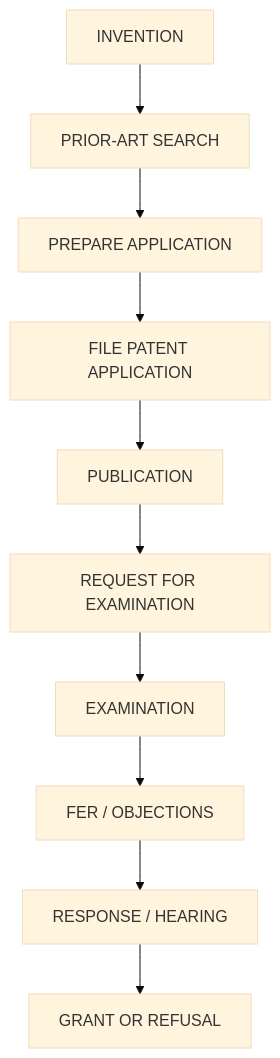
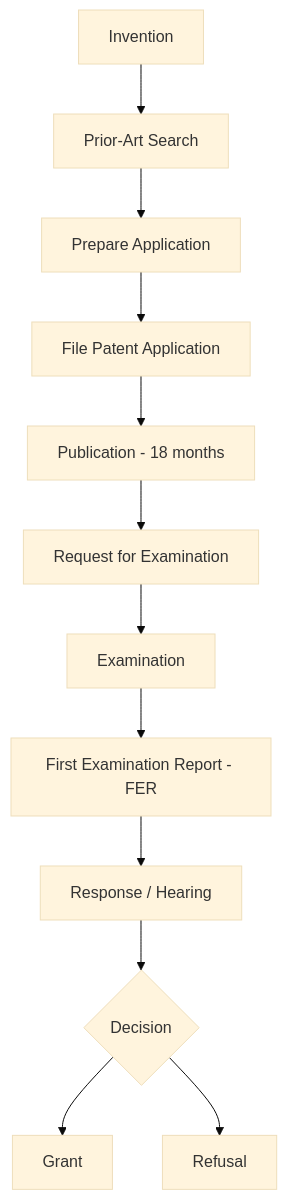
Before and after one commit to Aryns293/IPR: the first of 2 diagrams in 07_Patent_Procedure_and_Rights.md, drawn with Mermaid (base theme). The commit also changed other lines of this file and 8 other files, not shown here.

````diff
--- a/07_Patent_Procedure_and_Rights.md
+++ b/07_Patent_Procedure_and_Rights.md
@@ -136,13 +7,14 @@
 ```mermaid
 flowchart TD
-    A[INVENTION]
-    A --> B[PRIOR-ART SEARCH]
-    B --> C[PREPARE APPLICATION]
-    C --> D[FILE PATENT APPLICATION]
-    D --> E[PUBLICATION]
-    E --> F[REQUEST FOR EXAMINATION]
-    F --> G[EXAMINATION]
-    G --> H["FER / OBJECTIONS"]
-    H --> I["RESPONSE / HEARING"]
-    I --> J[GRANT OR REFUSAL]
+    A[Invention] --> B[Prior-Art Search]
+    B --> C[Prepare Application]
+    C --> D[File Patent Application]
+    D --> E[Publication - 18 months]
+    E --> F[Request for Examination]
+    F --> G[Examination]
+    G --> H[First Examination Report - FER]
+    H --> I[Response / Hearing]
+    I --> J{Decision}
+    J --> K[Grant]
+    J --> L[Refusal]
 ```
````
